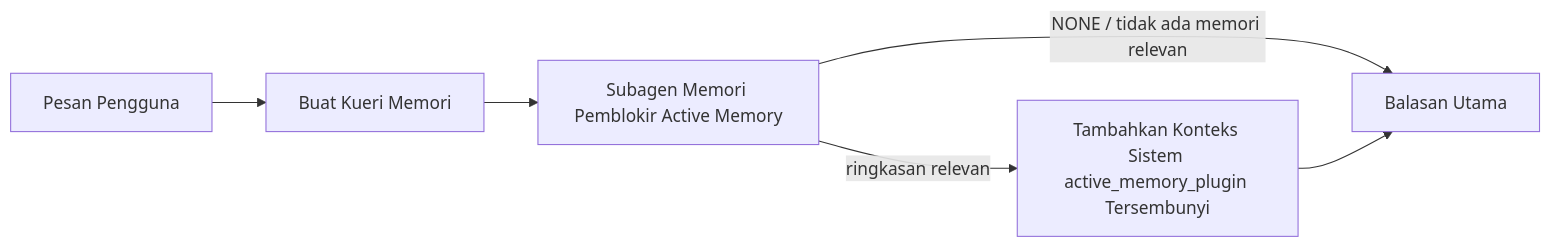
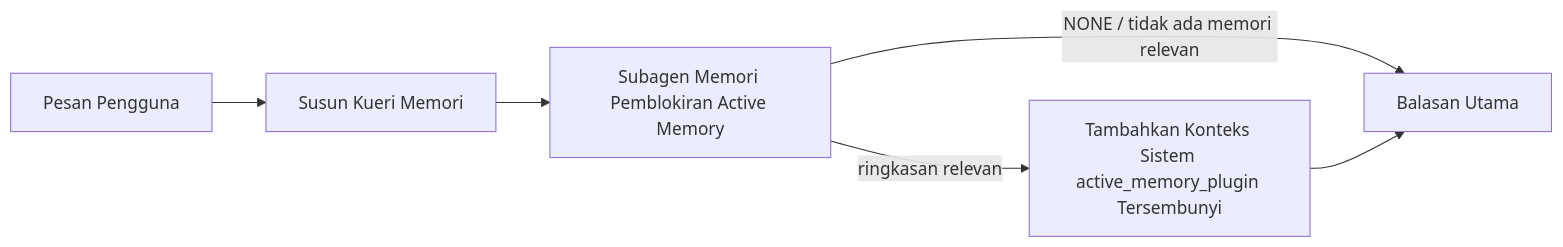
One commit to openclaw/docs changed the diagram in docs/id/concepts/active-memory.md. Above: the diagram before and after it, drawn with Mermaid. The commit also changed other lines of this file and 1235 other files, not shown here.

````diff
--- a/docs/id/concepts/active-memory.md
+++ b/docs/id/concepts/active-memory.md
@@ -85,8 +107,8 @@
 ```mermaid
 flowchart LR
-  U["Pesan Pengguna"] --> Q["Buat Kueri Memori"]
-  Q --> R["Subagen Memori Pemblokir Active Memory"]
+  U["Pesan Pengguna"] --> Q["Susun Kueri Memori"]
+  Q --> R["Subagen Memori Pemblokiran Active Memory"]
   R -->|NONE / tidak ada memori relevan| M["Balasan Utama"]
   R -->|ringkasan relevan| I["Tambahkan Konteks Sistem active_memory_plugin Tersembunyi"]
   I --> M["Balasan Utama"]
 ```
````
